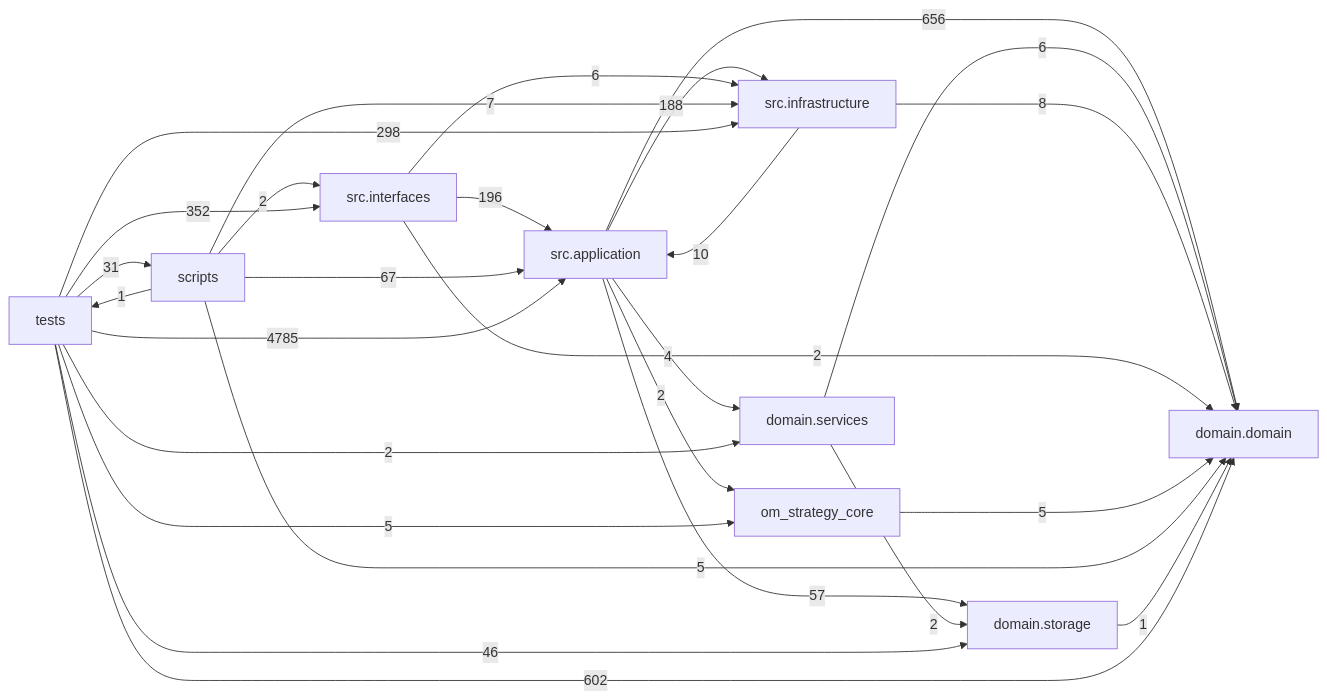
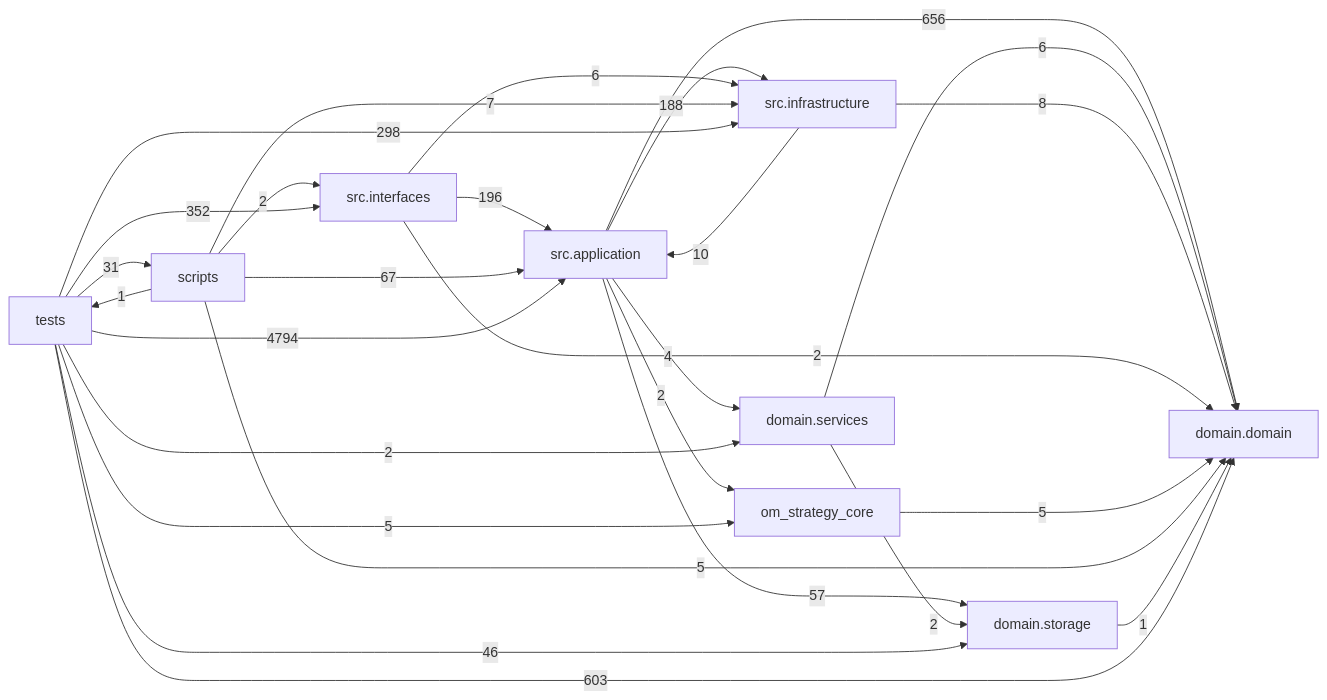
Before and after one commit to liuxie066/options-monitor: the diagram in docs/DEPENDENCY_GRAPH.md, drawn with Mermaid. The commit also changed other lines of this file and 2 other files, not shown here.

````diff
--- a/docs/DEPENDENCY_GRAPH.md
+++ b/docs/DEPENDENCY_GRAPH.md
@@ -24,38 +24,38 @@
 ```mermaid
 flowchart LR
   tests["tests"]
   scripts["scripts"]
   interfaces["src.interfaces"]
   application["src.application"]
   infrastructure["src.infrastructure"]
   domain_services["domain.services"]
   domain["domain.domain"]
   storage["domain.storage"]
   application -->|656| domain
   application -->|4| domain_services
   application -->|188| infrastructure
   application -->|2| om_strategy_core
   application -->|57| storage
   domain_services -->|6| domain
   domain_services -->|2| storage
   infrastructure -->|10| application
   infrastructure -->|8| domain
   interfaces -->|196| application
   interfaces -->|2| domain
   interfaces -->|6| infrastructure
   om_strategy_core -->|5| domain
   scripts -->|67| application
   scripts -->|5| domain
   scripts -->|7| infrastructure
   scripts -->|2| interfaces
   scripts -->|1| tests
   storage -->|1| domain
-  tests -->|4785| application
-  tests -->|602| domain
+  tests -->|4794| application
+  tests -->|603| domain
   tests -->|2| domain_services
   tests -->|298| infrastructure
   tests -->|352| interfaces
   tests -->|5| om_strategy_core
   tests -->|31| scripts
   tests -->|46| storage
 ```
````
